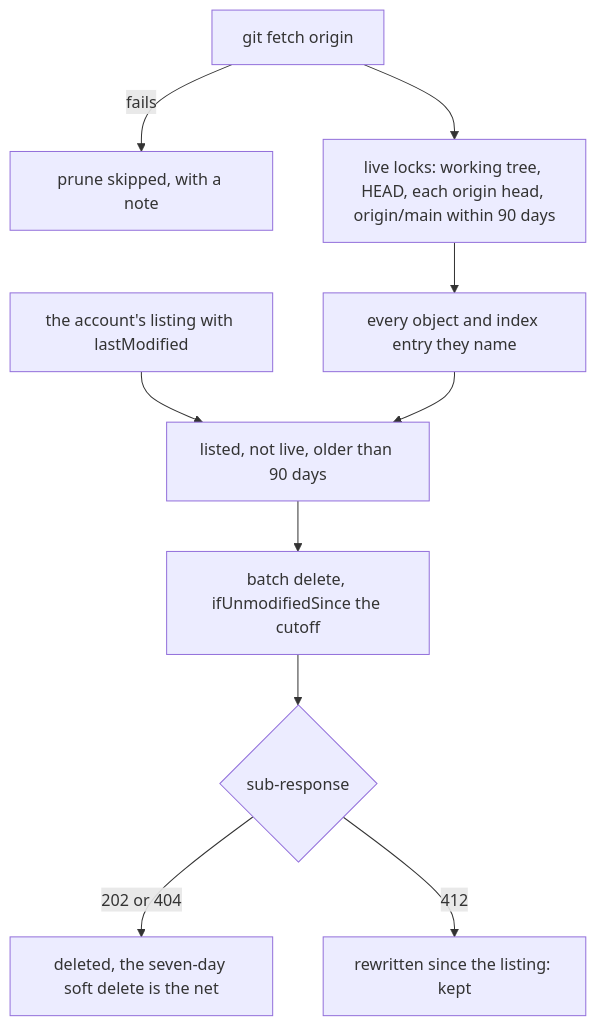
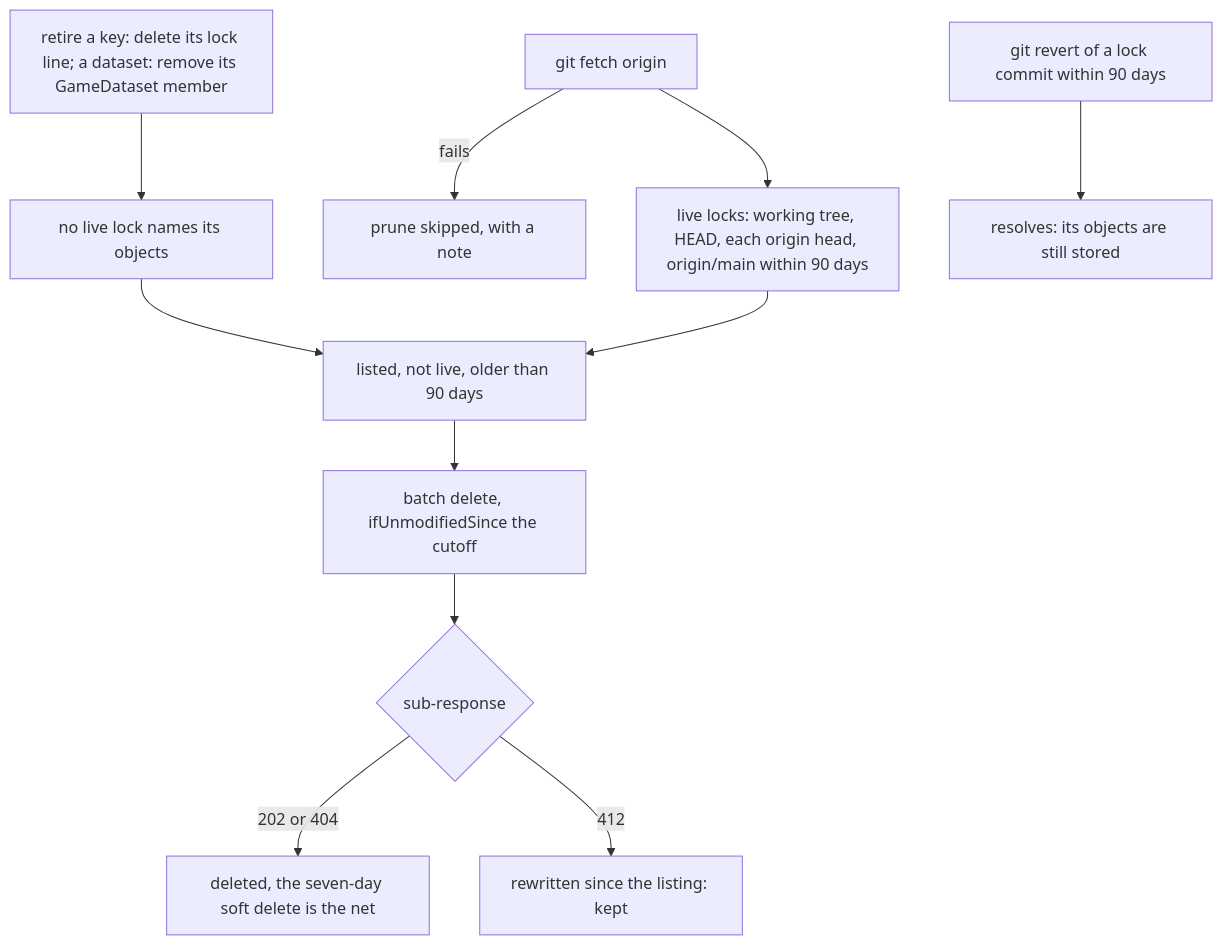
Before and after one commit to Esposter/Esposter: the fourth of 5 diagrams in apps/web/content/docs/genshin/hosted-game-data.md, drawn with Mermaid. The commit also changed other lines of this file and 64 other files, not shown here.

````diff
--- a/apps/web/content/docs/genshin/hosted-game-data.md
+++ b/apps/web/content/docs/genshin/hosted-game-data.md
@@ -52,12 +162,13 @@
 ```mermaid
 flowchart TD
+  Retire["retire a key: delete its lock line; a dataset: remove its GameDataset member"] --> Unreached["no live lock names its objects"]
   Fetch["git fetch origin"] -->|fails| Skipped["prune skipped, with a note"]
   Fetch --> Locks["live locks: working tree, HEAD, each origin head, origin/main within 90 days"]
-  Locks --> Live["every object and index entry they name"]
-  Listing["the account's listing with lastModified"] --> Candidates["listed, not live, older than 90 days"]
-  Live --> Candidates
+  Unreached --> Candidates
+  Locks --> Candidates["listed, not live, older than 90 days"]
   Candidates --> Delete["batch delete, ifUnmodifiedSince the cutoff"]
   Delete --> Outcome{"sub-response"}
   Outcome -->|"202 or 404"| Gone["deleted, the seven-day soft delete is the net"]
   Outcome -->|412| Kept["rewritten since the listing: kept"]
+  Revert["git revert of a lock commit within 90 days"] --> Resolves["resolves: its objects are still stored"]
 ```
````
